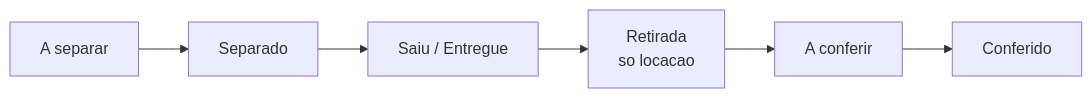
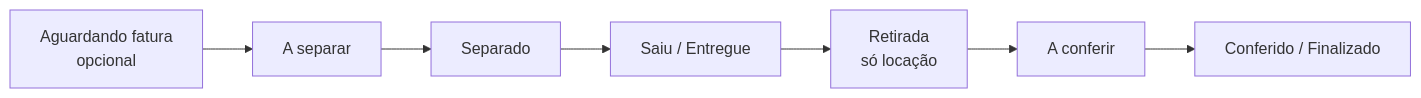
The first of 2 diagrams in logistica/visao-geral.md (LocFlowTeam/locflow-docs), drawn with Mermaid before and after one commit. The commit also changed other lines of this file and 6 other files, not shown here.

````diff
--- a/logistica/visao-geral.md
+++ b/logistica/visao-geral.md
@@ -20,8 +20,9 @@
 ```mermaid
 flowchart LR
-    AS[A separar] --> SEP[Separado]
+    AF[Aguardando fatura<br/>opcional] --> AS[A separar]
+    AS --> SEP[Separado]
     SEP --> SAI[Saiu / Entregue]
-    SAI --> RET[Retirada<br/>so locacao]
+    SAI --> RET[Retirada<br/>só locação]
     RET --> AC[A conferir]
-    AC --> CON[Conferido]
+    AC --> CON[Conferido / Finalizado]
 ```
````
